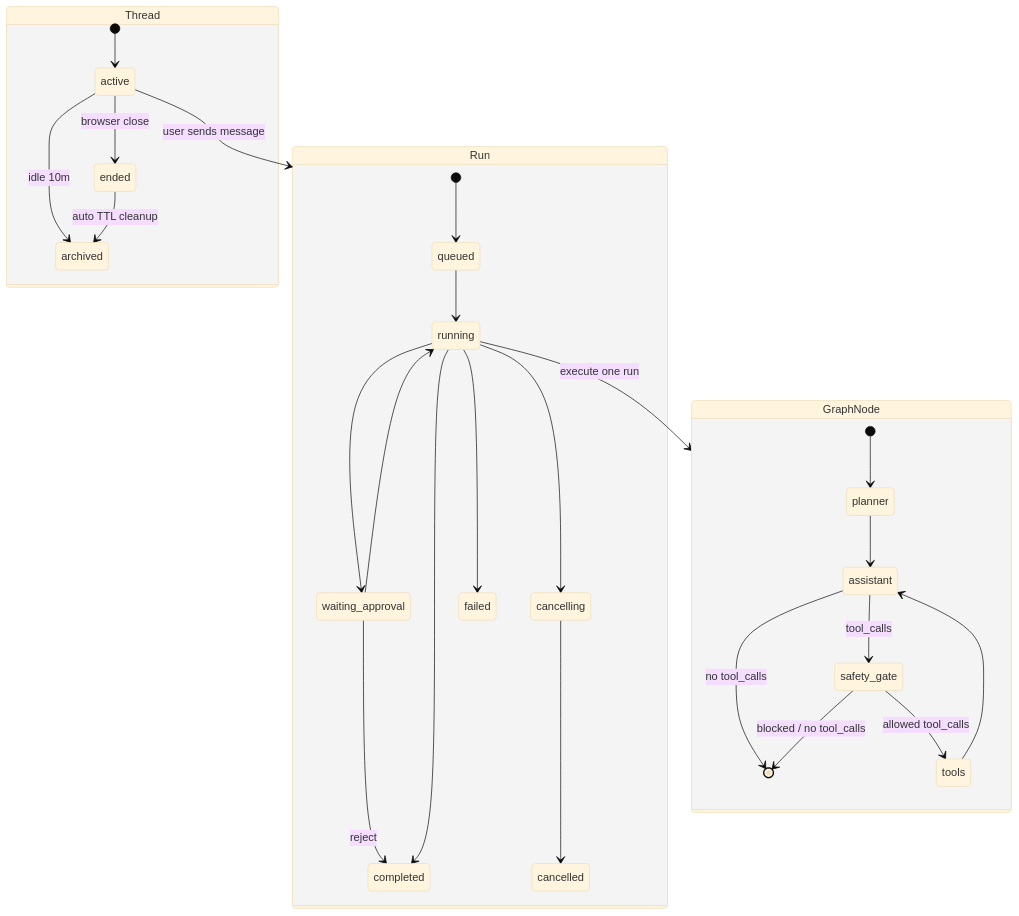
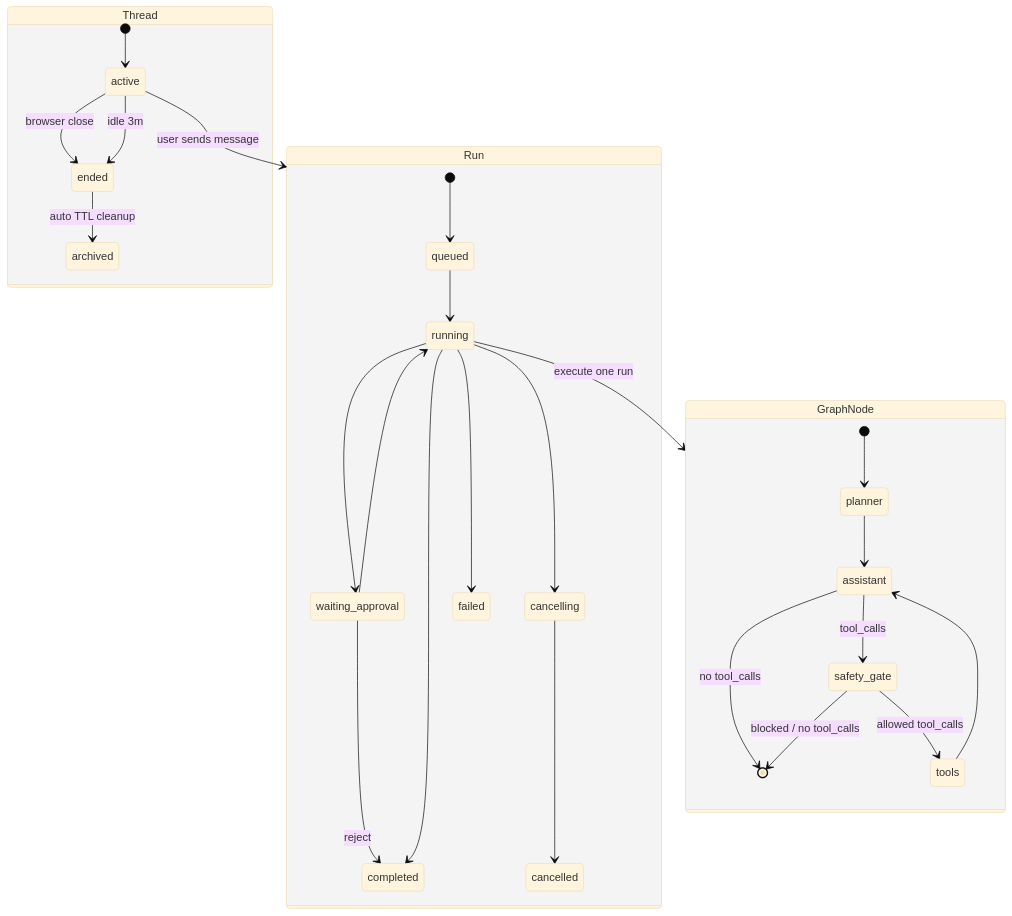
Before and after one commit to NIkok0/LearnAgent: the diagram in README.md, drawn with Mermaid (base theme). The commit also changed other lines of this file and 63 other files, not shown here.

````diff
--- a/README.md
+++ b/README.md
@@ -462,36 +554,36 @@
 ```mermaid
 stateDiagram-v2
     direction TB
 
     state Thread {
         [*] --> active
         active --> ended: browser close
-        active --> archived: idle 10m
+        active --> ended: idle 3m
         ended --> archived: auto TTL cleanup
     }
 
     state Run {
         [*] --> queued
         queued --> running
         running --> waiting_approval
         waiting_approval --> running
         waiting_approval --> completed: reject
         running --> cancelling
         cancelling --> cancelled
         running --> completed
         running --> failed
     }
 
     state GraphNode {
         [*] --> planner
         planner --> assistant
         assistant --> safety_gate: tool_calls
         assistant --> [*]: no tool_calls
         safety_gate --> tools: allowed tool_calls
         safety_gate --> [*]: blocked / no tool_calls
         tools --> assistant
     }
 
     active --> Run: user sends message
     running --> GraphNode: execute one run
 ```
````
